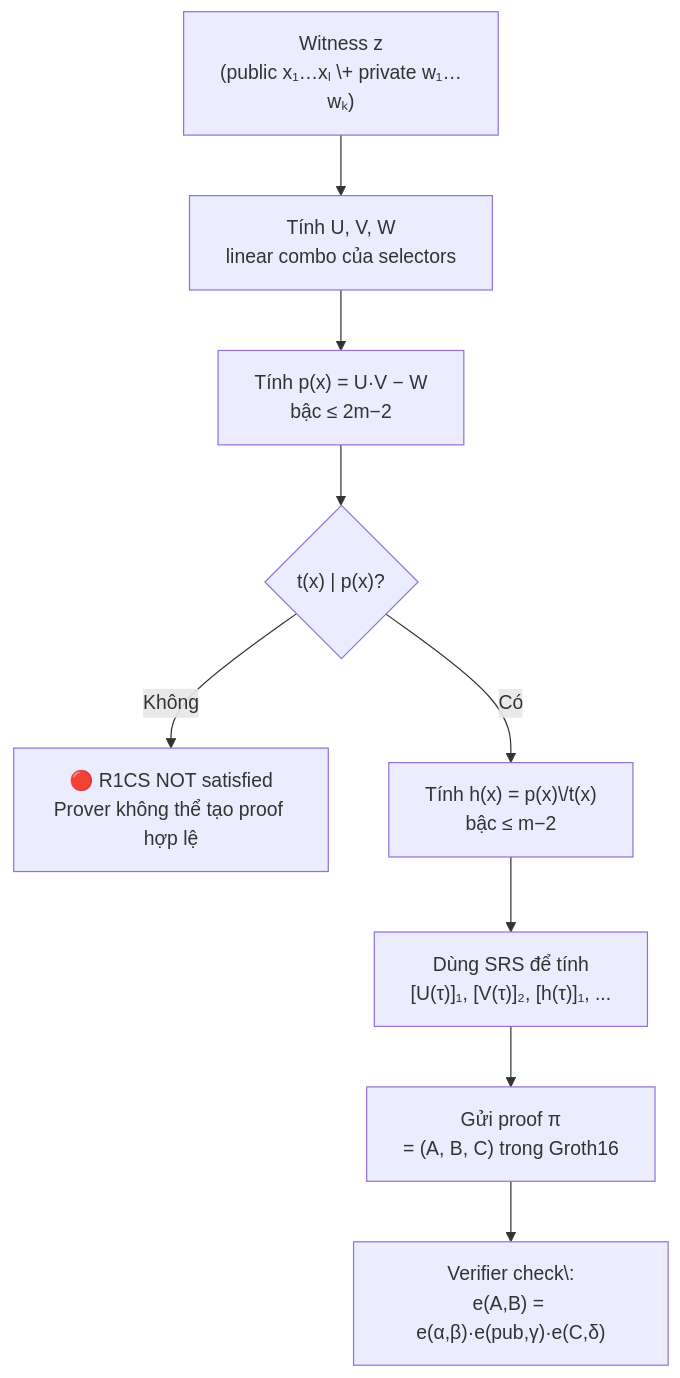
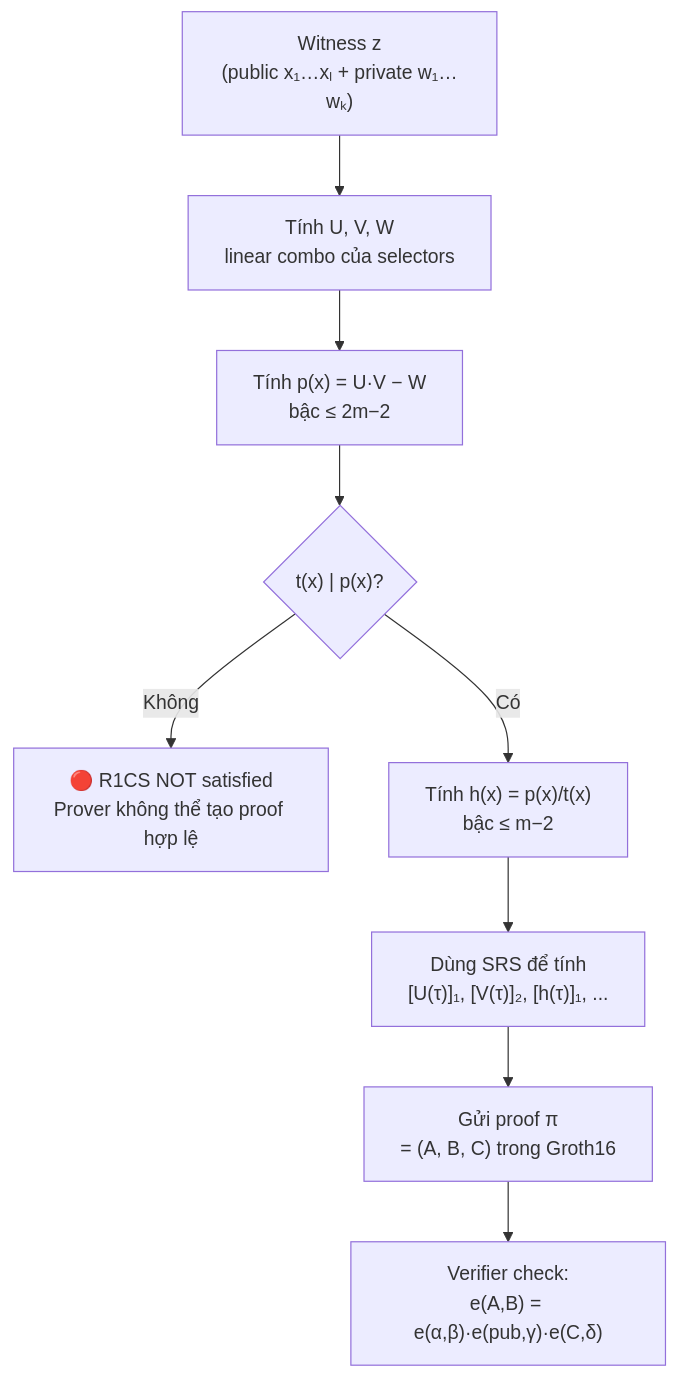
One commit to nhatminh65537/kitsu-quartz changed the second of 3 diagrams in content/zkverify-series/arithmetic-circuits/10-qap-satisfiability.md. Above: the diagram before and after it, drawn with Mermaid. The commit also changed other lines of this file and 127 other files, not shown here.

````diff
--- a/content/zkverify-series/arithmetic-circuits/10-qap-satisfiability.md
+++ b/content/zkverify-series/arithmetic-circuits/10-qap-satisfiability.md
@@ -287,11 +287,11 @@
 ```mermaid
 flowchart TD
-    A["Witness z<br>(public x₁…xₗ \+ private w₁…wₖ)"] --> B["Tính U, V, W<br>linear combo của selectors"]
+    A["Witness z<br>(public x₁…xₗ + private w₁…wₖ)"] --> B["Tính U, V, W<br>linear combo của selectors"]
     B --> C["Tính p(x) = U·V − W<br>bậc ≤ 2m−2"]
     C --> D{"t(x) | p(x)?"}
     D -->|"Không"| E["🔴 R1CS NOT satisfied<br>Prover không thể tạo proof hợp lệ"]
-    D -->|"Có"| F["Tính h(x) = p(x)\/t(x)\nbậc ≤ m−2"]
+    D -->|"Có"| F["Tính h(x) = p(x)/t(x)<br>bậc ≤ m−2"]
     F --> G["Dùng SRS để tính<br>[U(τ)]₁, [V(τ)]₂, [h(τ)]₁, ..."]
     G --> H["Gửi proof π<br>= (A, B, C) trong Groth16"]
-    H --> I["Verifier check\:<br>e(A,B) = e(α,β)·e(pub,γ)·e(C,δ)"]
+    H --> I["Verifier check:<br>e(A,B) = e(α,β)·e(pub,γ)·e(C,δ)"]
 ```
````
